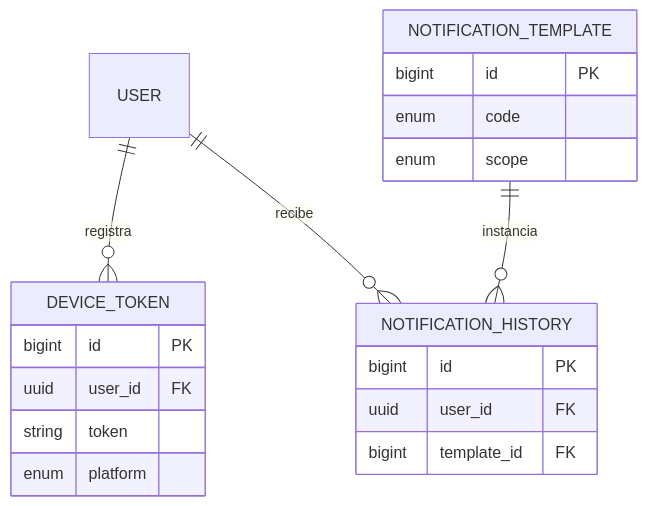
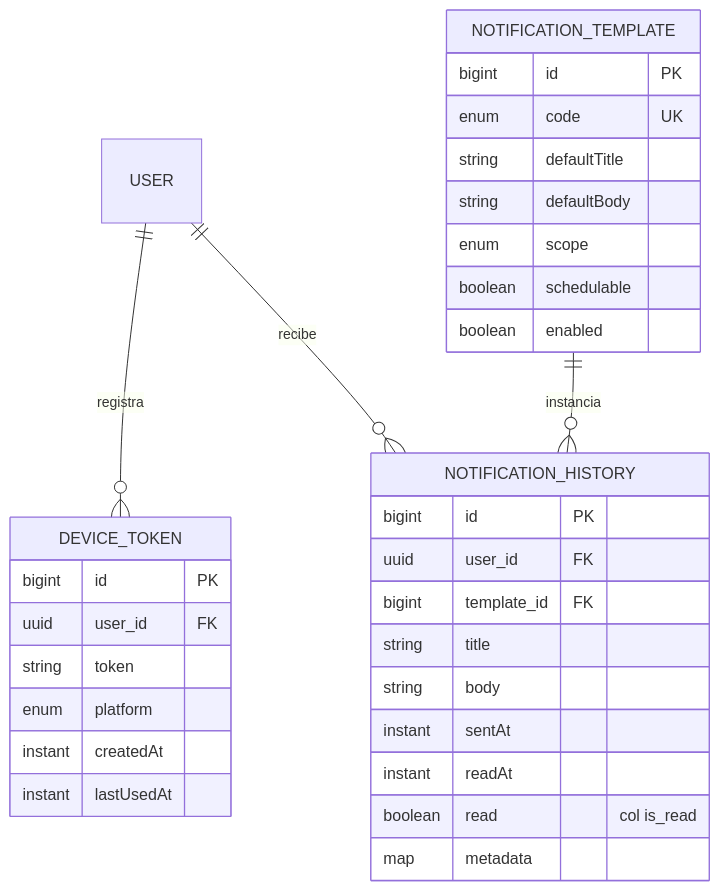
Before and after one commit to signasource/signa-api: the sixth of 6 diagrams in docs/diagrams/er.md, drawn with Mermaid. The commit also changed other lines of this file and 3 other files, not shown here.

````diff
--- a/docs/diagrams/er.md
+++ b/docs/diagrams/er.md
@@ -206,23 +330,35 @@
 ```mermaid
 erDiagram
     USER ||--o{ DEVICE_TOKEN : registra
     USER ||--o{ NOTIFICATION_HISTORY : recibe
     NOTIFICATION_TEMPLATE ||--o{ NOTIFICATION_HISTORY : "instancia"
 
     DEVICE_TOKEN {
         bigint id PK
         uuid user_id FK
         string token
         enum platform
+        instant createdAt
+        instant lastUsedAt
     }
     NOTIFICATION_TEMPLATE {
         bigint id PK
-        enum code
+        enum code UK
+        string defaultTitle
+        string defaultBody
         enum scope
+        boolean schedulable
+        boolean enabled
     }
     NOTIFICATION_HISTORY {
         bigint id PK
         uuid user_id FK
         bigint template_id FK
+        string title
+        string body
+        instant sentAt
+        instant readAt
+        boolean read "col is_read"
+        map metadata
     }
 ```
````
